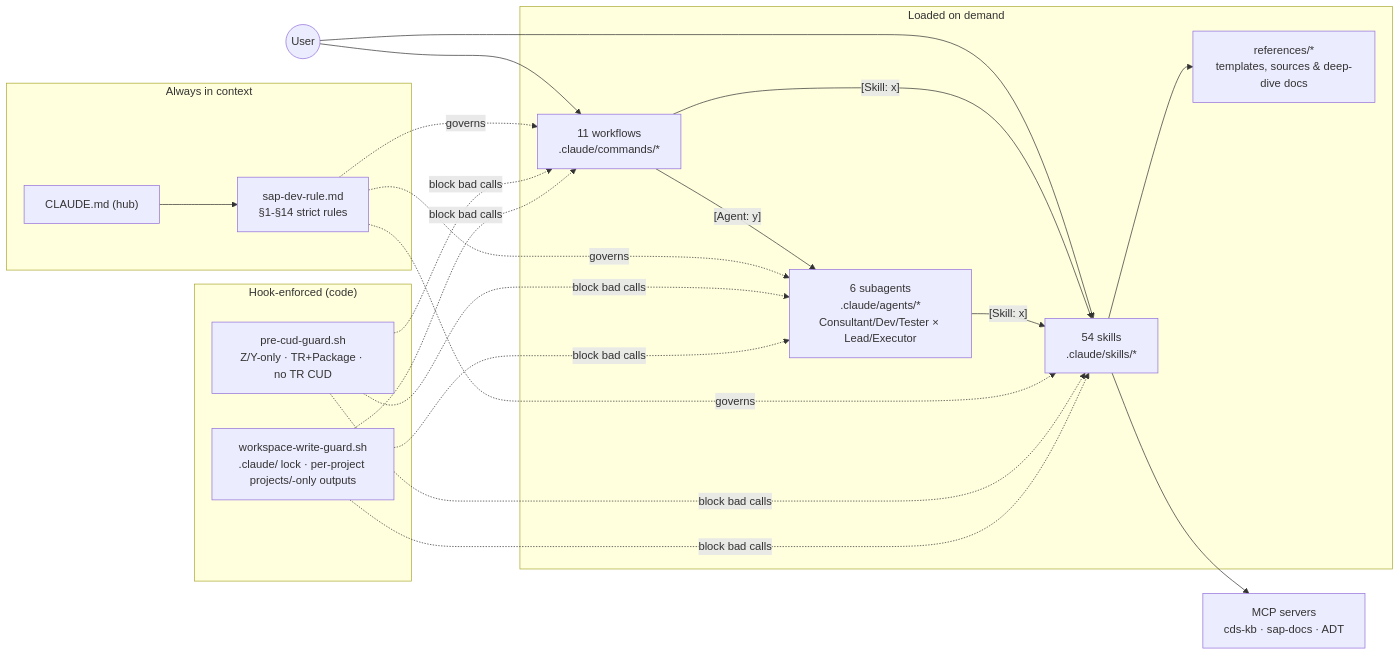
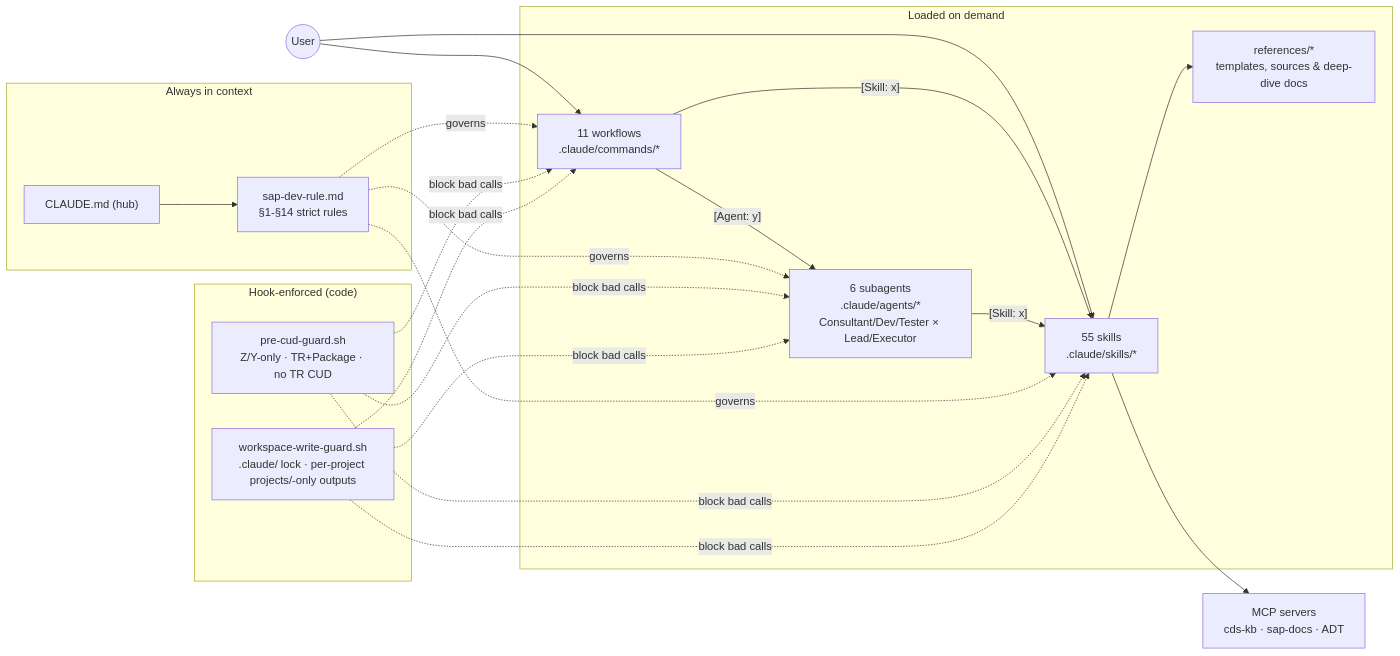
Before and after one commit to dovoanhtruong/abap-agent-claudecode-workspace: the first of 2 diagrams in README.md, drawn with Mermaid. The commit also changed other lines of this file and 2 other files, not shown here.

````diff
--- a/README.md
+++ b/README.md
@@ -18,23 +18,23 @@
 ```mermaid
 flowchart LR
     subgraph CTX["Always in context"]
         CM["CLAUDE.md (hub)"] --> RULE["sap-dev-rule.md<br/>§1-§14 strict rules"]
     end
     subgraph ONDEMAND["Loaded on demand"]
-        SK["54 skills<br/>.claude/skills/*"] --> REF["references/*<br/>templates, sources & deep-dive docs"]
+        SK["55 skills<br/>.claude/skills/*"] --> REF["references/*<br/>templates, sources & deep-dive docs"]
         WF["11 workflows<br/>.claude/commands/*"]
         AG["6 subagents<br/>.claude/agents/*<br/>Consultant/Dev/Tester × Lead/Executor"]
     end
     subgraph ENFORCE["Hook-enforced (code)"]
         H1["pre-cud-guard.sh<br/>Z/Y-only · TR+Package · no TR CUD"]
         H2["workspace-write-guard.sh<br/>.claude/ lock · per-project projects/-only outputs"]
     end
     USER((User)) --> WF
     USER --> SK
     WF -->|"[Skill: x]"| SK
     WF -->|"[Agent: y]"| AG
     AG -->|"[Skill: x]"| SK
     RULE -.governs.-> WF & SK & AG
     H1 & H2 -.block bad calls.-> WF & SK & AG
     SK --> MCP["MCP servers<br/>cds-kb · sap-docs · ADT"]
 ```
````
